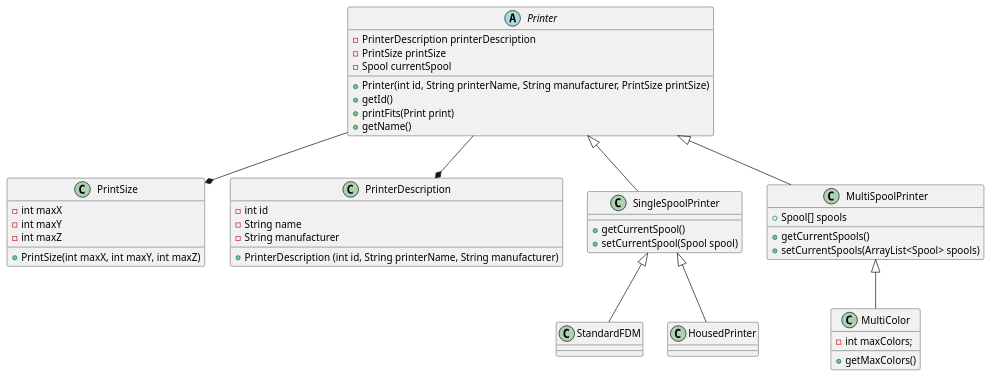
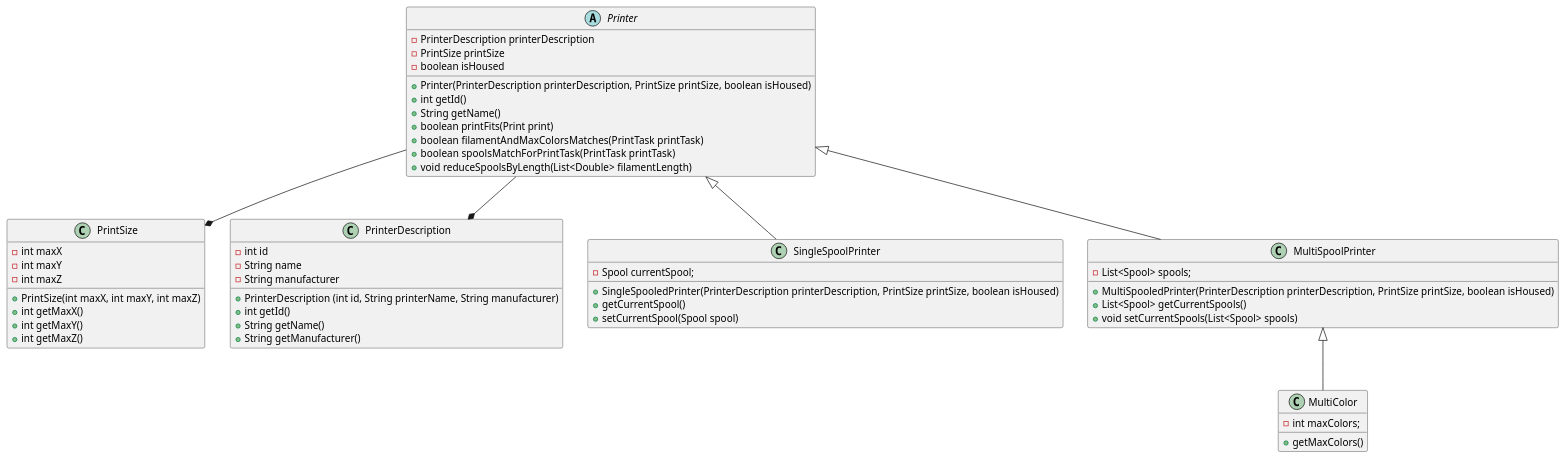
The diagram in src/main/diagrams/SOLID_O-after.puml (hann-xq/system-design), drawn with PlantUML before and after one commit. The commit also changed 36 other files, not shown here.

```diff
--- a/src/main/diagrams/SOLID_O-after.puml
+++ b/src/main/diagrams/SOLID_O-after.puml
@@ -1,55 +1,63 @@
 @startuml
 'https://plantuml.com/class-diagram
 'skinparam classAttributeIconSize 0
 
 Printer --* PrintSize
 Printer --* PrinterDescription
 
 abstract class Printer {
     - PrinterDescription printerDescription
     - PrintSize printSize
-    - Spool currentSpool
+    - boolean isHoused
 
-    +Printer(int id, String printerName, String manufacturer, PrintSize printSize)
-    +getId()
-    +printFits(Print print)
-    +getName()
+    + Printer(PrinterDescription printerDescription, PrintSize printSize, boolean isHoused)
+    + int getId()
+    + String getName()
+    + boolean printFits(Print print)
+    + boolean filamentAndMaxColorsMatches(PrintTask printTask)
+    + boolean spoolsMatchForPrintTask(PrintTask printTask)
+    + void reduceSpoolsByLength(List<Double> filamentLength)
+
 }
 
 class PrintSize {
     - int maxX
     - int maxY
     - int maxZ
     + PrintSize(int maxX, int maxY, int maxZ)
+    + int getMaxX()
+    + int getMaxY()
+    + int getMaxZ()
 }
 
 class PrinterDescription {
     - int id
     - String name
     - String manufacturer
     + PrinterDescription (int id, String printerName, String manufacturer)
+    + int getId()
+    + String getName()
+    + String getManufacturer()
 }
 
 class SingleSpoolPrinter extends Printer {
-    +getCurrentSpool()
-    +setCurrentSpool(Spool spool)
+    - Spool currentSpool;
+    + SingleSpooledPrinter(PrinterDescription printerDescription, PrintSize printSize, boolean isHoused)
+    + getCurrentSpool()
+    + setCurrentSpool(Spool spool)
 }
 
 class MultiSpoolPrinter extends Printer {
-    +Spool[] spools
-    +getCurrentSpools()
-    +setCurrentSpools(ArrayList<Spool> spools)
-}
-
-class StandardFDM extends SingleSpoolPrinter {
+    - List<Spool> spools;
+    + MultiSpooledPrinter(PrinterDescription printerDescription, PrintSize printSize, boolean isHoused)
+    + List<Spool> getCurrentSpools()
+    + void setCurrentSpools(List<Spool> spools)
 }
 
 class MultiColor extends MultiSpoolPrinter {
-    -int maxColors;
-    +getMaxColors()
+    - int maxColors;
+    + getMaxColors()
 }
 
-class HousedPrinter extends SingleSpoolPrinter {
-}
 
 @enduml
```
